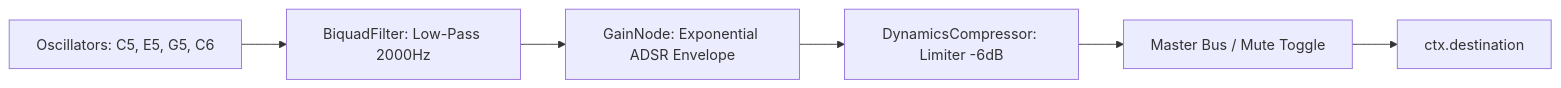
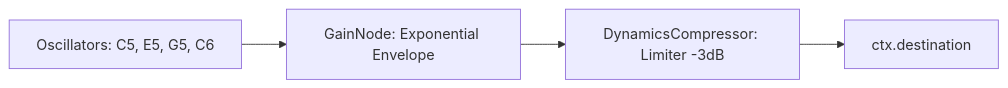
One commit to piyushmakhija28/countdown-lockscreen-challenge changed the second of 2 diagrams in docs/lld/11-deep-dive-design-patterns-and-security-architecture.md. Above: the diagram before and after it, drawn with Mermaid. The commit also changed other lines of this file and 33 other files, not shown here.

Commit message:
docs(audit): remediate all forensic architectural, mathematical, and code blueprint defects to Level 2.2 standard

````diff
--- a/docs/lld/11-deep-dive-design-patterns-and-security-architecture.md
+++ b/docs/lld/11-deep-dive-design-patterns-and-security-architecture.md
@@ -205,8 +195,6 @@
 ```mermaid
 graph LR
-    Osc[Oscillators: C5, E5, G5, C6] --> Filter[BiquadFilter: Low-Pass 2000Hz]
-    Filter --> Gain[GainNode: Exponential ADSR Envelope]
-    Gain --> Comp[DynamicsCompressor: Limiter -6dB]
-    Comp --> Bus[Master Bus / Mute Toggle]
-    Bus --> Dest[ctx.destination]
+    Osc[Oscillators: C5, E5, G5, C6] --> Gain[GainNode: Exponential Envelope]
+    Gain --> Comp[DynamicsCompressor: Limiter -3dB]
+    Comp --> Dest[ctx.destination]
 ```
````
